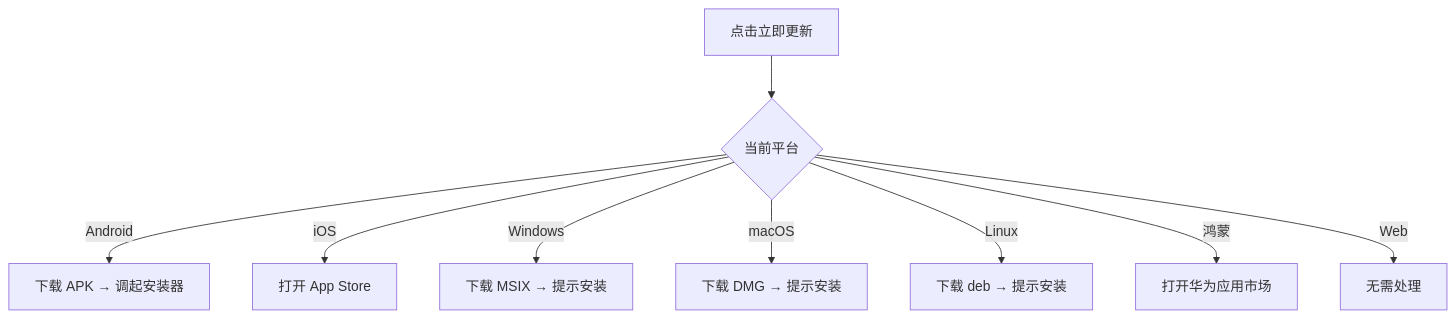
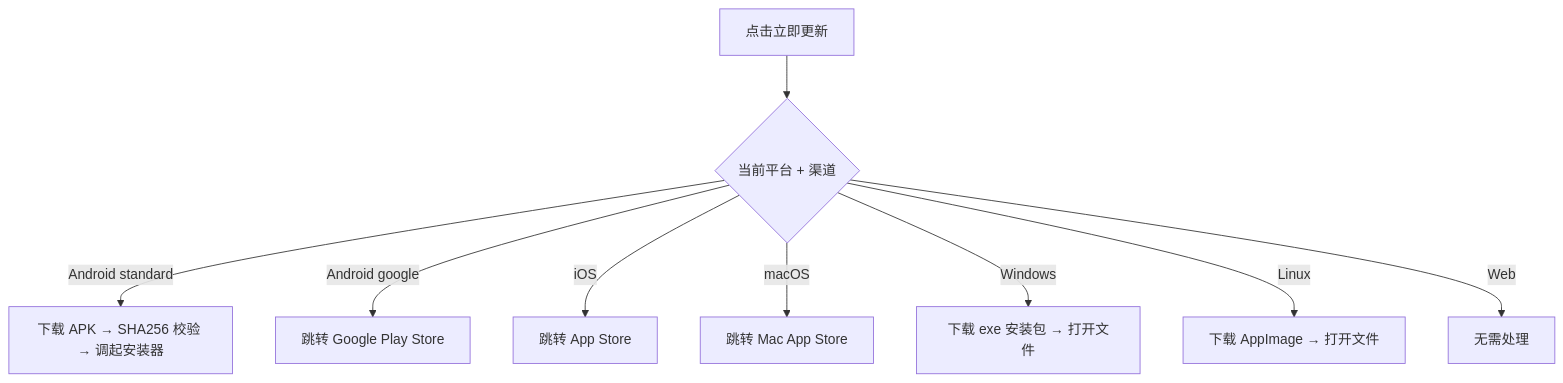
The third of 4 diagrams in docs/features/starter/v0.0.3/analysis.md (toly1994328/flash_im_by_ai), drawn with Mermaid before and after one commit. The commit also changed other lines of this file and 63 other files, not shown here.

````diff
--- a/docs/features/starter/v0.0.3/analysis.md
+++ b/docs/features/starter/v0.0.3/analysis.md
@@ -51,11 +51,11 @@
 ```mermaid
 flowchart TB
-    A[点击立即更新] --> B{当前平台}
-    B -->|Android| C[下载 APK → 调起安装器]
-    B -->|iOS| D[打开 App Store]
-    B -->|Windows| E[下载 MSIX → 提示安装]
-    B -->|macOS| F[下载 DMG → 提示安装]
-    B -->|Linux| G[下载 deb → 提示安装]
-    B -->|鸿蒙| H[打开华为应用市场]
+    A[点击立即更新] --> B{当前平台 + 渠道}
+    B -->|Android standard| C[下载 APK → SHA256 校验 → 调起安装器]
+    B -->|Android google| D[跳转 Google Play Store]
+    B -->|iOS| E[跳转 App Store]
+    B -->|macOS| F[跳转 Mac App Store]
+    B -->|Windows| G[下载 exe 安装包 → 打开文件]
+    B -->|Linux| H[下载 AppImage → 打开文件]
     B -->|Web| I[无需处理]
 ```
````
